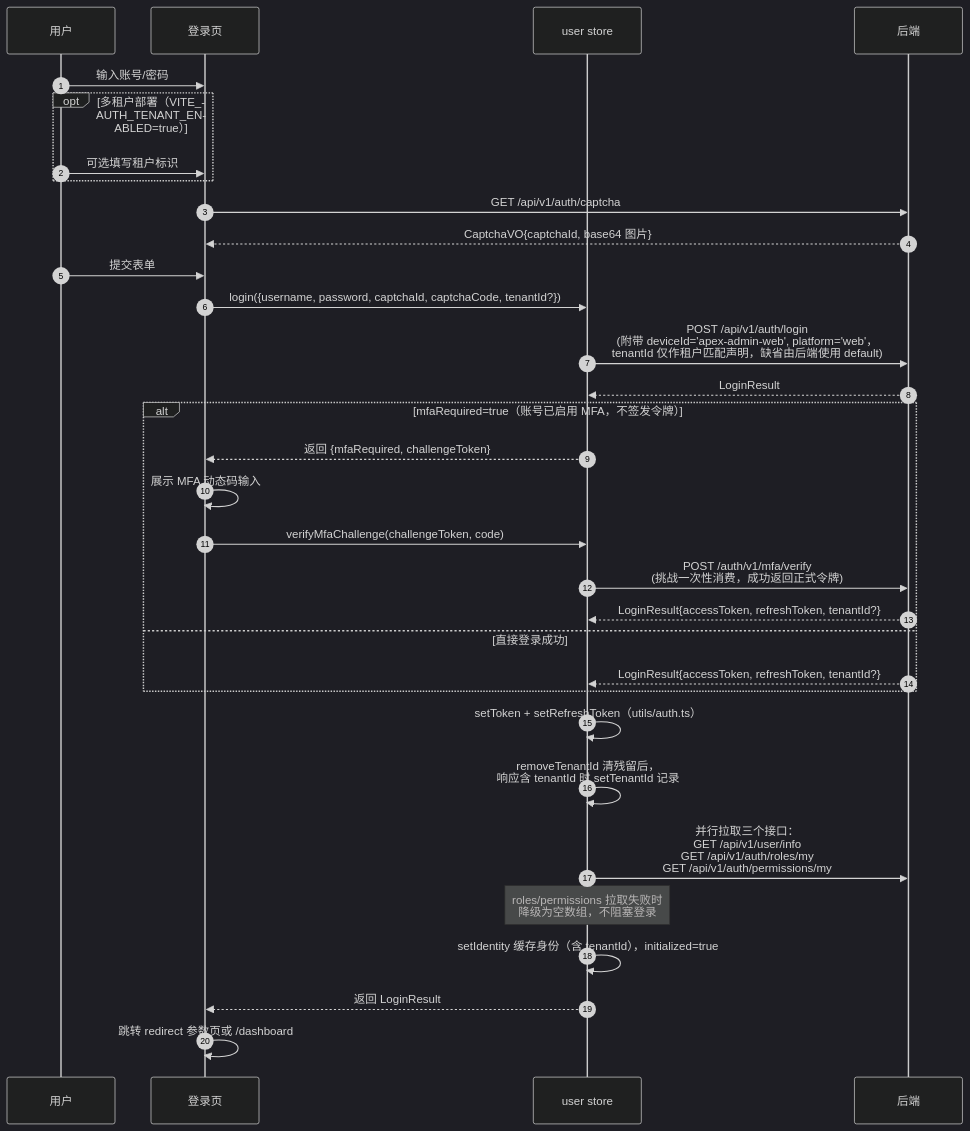
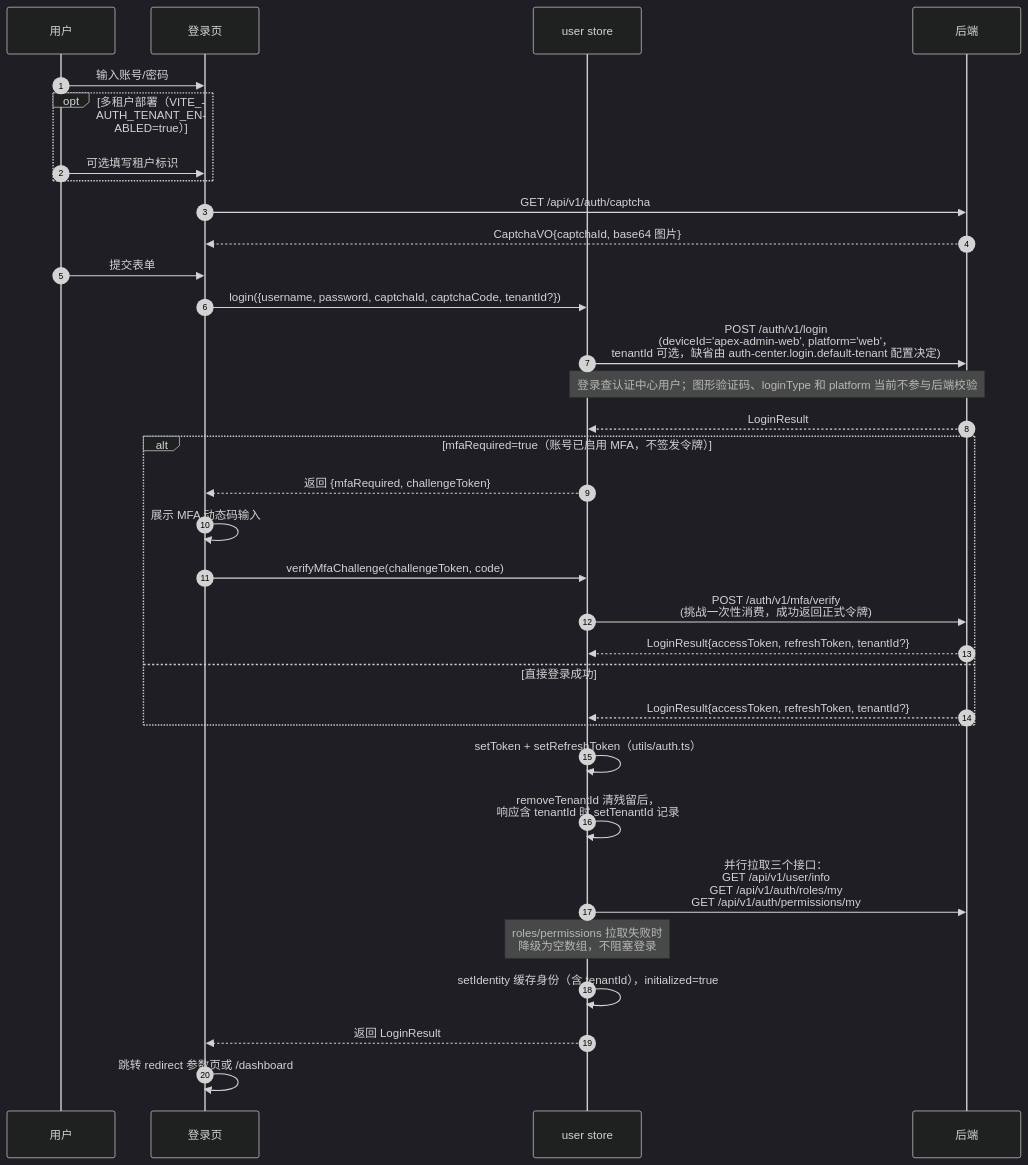
The first of 6 diagrams in docs/architecture/auth-and-routing.md (apex-cloud-service/apex-admin-web), drawn with Mermaid (dark theme) before and after one commit. The commit also changed other lines of this file and 22 other files, not shown here.

````diff
--- a/docs/architecture/auth-and-routing.md
+++ b/docs/architecture/auth-and-routing.md
@@ -24,35 +24,36 @@
 ```mermaid
 sequenceDiagram
     autonumber
     participant U as 用户
     participant L as 登录页
     participant S as user store
     participant B as 后端
 
     U->>L: 输入账号/密码
     opt 多租户部署（VITE_AUTH_TENANT_ENABLED=true）
         U->>L: 可选填写租户标识
     end
     L->>B: GET /api/v1/auth/captcha
     B-->>L: CaptchaVO{captchaId, base64 图片}
     U->>L: 提交表单
     L->>S: login({username, password, captchaId, captchaCode, tenantId?})
-    S->>B: POST /api/v1/auth/login<br/>(附带 deviceId='apex-admin-web', platform='web'，<br/>tenantId 仅作租户匹配声明，缺省由后端使用 default)
+    S->>B: POST /auth/v1/login<br/>(deviceId='apex-admin-web', platform='web'，<br/>tenantId 可选，缺省由 auth-center.login.default-tenant 配置决定)
+    Note over S,B: 登录查认证中心用户；图形验证码、loginType 和 platform 当前不参与后端校验
     B-->>S: LoginResult
     alt mfaRequired=true（账号已启用 MFA，不签发令牌）
         S-->>L: 返回 {mfaRequired, challengeToken}
         L->>L: 展示 MFA 动态码输入
         L->>S: verifyMfaChallenge(challengeToken, code)
         S->>B: POST /auth/v1/mfa/verify<br/>(挑战一次性消费，成功返回正式令牌)
         B-->>S: LoginResult{accessToken, refreshToken, tenantId?}
     else 直接登录成功
         B-->>S: LoginResult{accessToken, refreshToken, tenantId?}
     end
     S->>S: setToken + setRefreshToken（utils/auth.ts）
     S->>S: removeTenantId 清残留后，<br/>响应含 tenantId 时 setTenantId 记录
     S->>B: 并行拉取三个接口：<br/>GET /api/v1/user/info<br/>GET /api/v1/auth/roles/my<br/>GET /api/v1/auth/permissions/my
     Note over S: roles/permissions 拉取失败时<br/>降级为空数组，不阻塞登录
     S->>S: setIdentity 缓存身份（含 tenantId），initialized=true
     S-->>L: 返回 LoginResult
     L->>L: 跳转 redirect 参数页或 /dashboard
 ```
````
